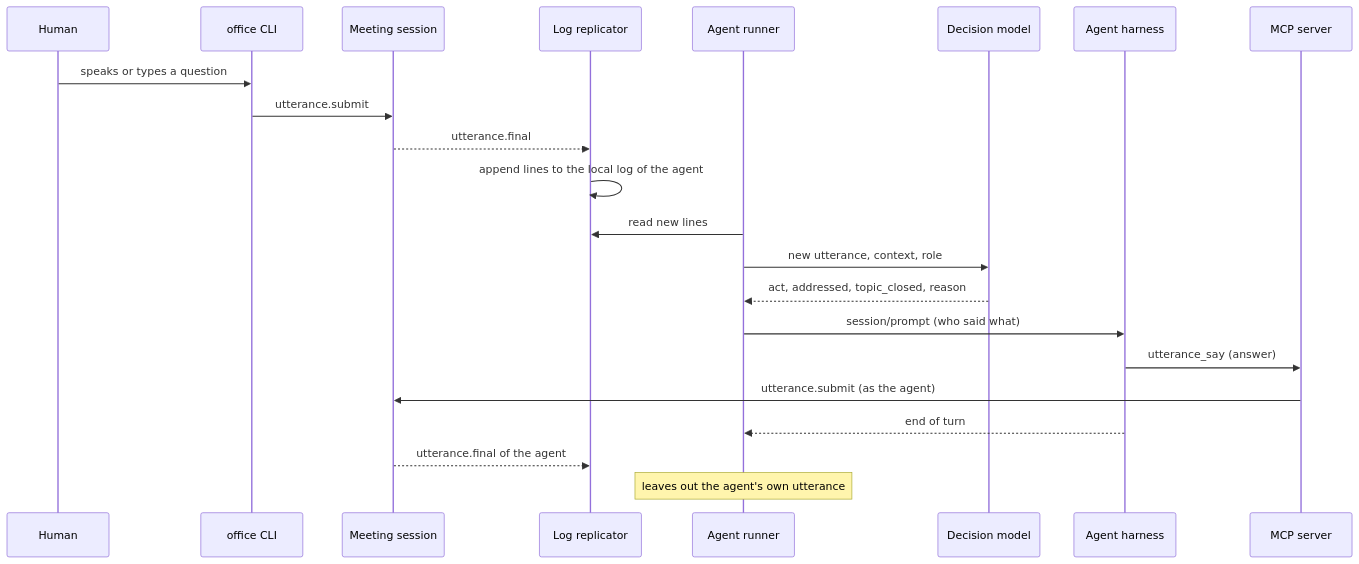
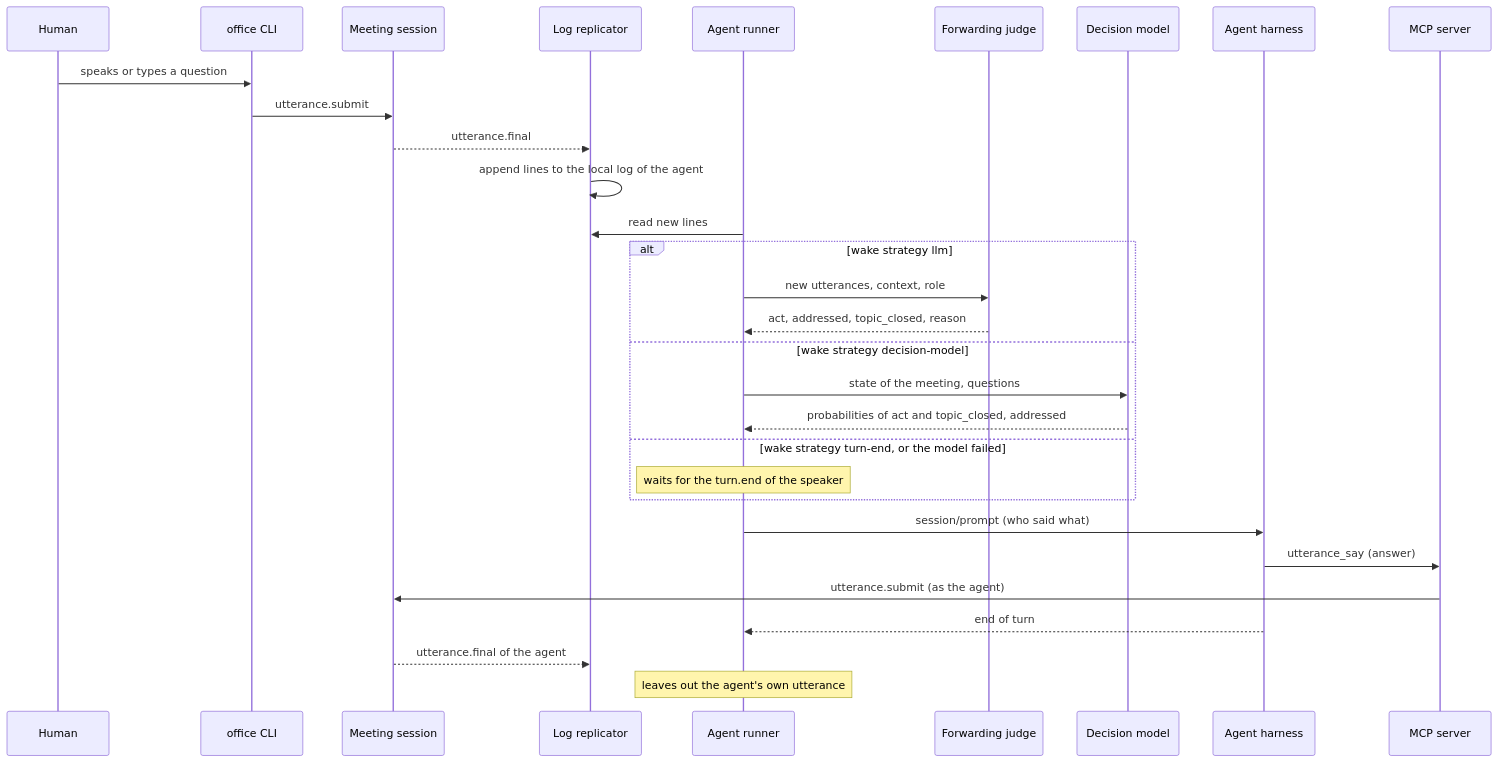
The ninth of 9 diagrams in docs/architecture/06-runtime-view.arc42.md (mrsimpson/agentic-office), drawn with Mermaid before and after one commit. The commit also changed other lines of this file and 31 other files, not shown here.

First line of the commit message:
Agent runner: wake strategies turn-end, llm and decision-model, with a fallback to turn-end (#101)

````diff
--- a/docs/architecture/06-runtime-view.arc42.md
+++ b/docs/architecture/06-runtime-view.arc42.md
@@ -459,24 +463,32 @@
 ```mermaid
 sequenceDiagram
     participant actor_human as Human
     participant bb_cli as office CLI
     participant bb_session as Meeting session
     participant bb_replicator as Log replicator
     participant bb_agent_runner as Agent runner
+    participant actor_forwarding_judge as Forwarding judge
     participant actor_decision_model as Decision model
     participant actor_agent as Agent harness
     participant bb_mcp as MCP server
     actor_human->>bb_cli: speaks or types a question
     bb_cli->>bb_session: utterance.submit
     bb_session-->>bb_replicator: utterance.final
     bb_replicator->>bb_replicator: append lines to the local log of the agent
     bb_agent_runner->>bb_replicator: read new lines
-    bb_agent_runner->>actor_decision_model: new utterance, context, role
-    actor_decision_model-->>bb_agent_runner: act, addressed, topic_closed, reason
+    alt wake strategy llm
+        bb_agent_runner->>actor_forwarding_judge: new utterances, context, role
+        actor_forwarding_judge-->>bb_agent_runner: act, addressed, topic_closed, reason
+    else wake strategy decision-model
+        bb_agent_runner->>actor_decision_model: state of the meeting, questions
+        actor_decision_model-->>bb_agent_runner: probabilities of act and topic_closed, addressed
+    else wake strategy turn-end, or the model failed
+        Note over bb_agent_runner: waits for the turn.end of the speaker
+    end
     bb_agent_runner->>actor_agent: session/prompt (who said what)
     actor_agent->>bb_mcp: utterance_say (answer)
     bb_mcp->>bb_session: utterance.submit (as the agent)
     actor_agent-->>bb_agent_runner: end of turn
     bb_session-->>bb_replicator: utterance.final of the agent
     Note over bb_agent_runner: leaves out the agent's own utterance
 ```
````
